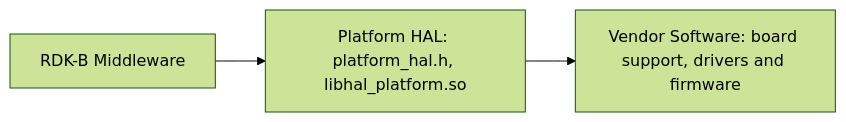
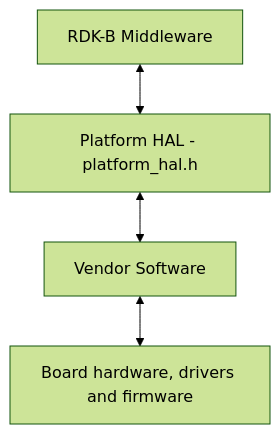
The first of 2 diagrams in docs/pages/halSpec.md (Blitzy-Sky/rdkb-halif-platform), drawn with Mermaid (forest theme) before and after one commit.

Commit message:
docs: normalise the Platform HAL architecture flowchart in its specification
The Description flowchart now uses the common top-down form shared by
every C HAL page: RDK-B Middleware, then Platform HAL - platform_hal.h,
then Vendor Software, then the board hardware, drivers and firmware,
joined by double-headed edges.

````diff
--- a/docs/pages/halSpec.md
+++ b/docs/pages/halSpec.md
@@ -41,5 +41,6 @@
 ```mermaid
-flowchart LR
-    caller["RDK-B Middleware"] --> hal["Platform HAL: platform_hal.h, libhal_platform.so"]
-    hal --> vendor["Vendor Software: board support, drivers and firmware"]
+flowchart TD
+    Caller["RDK-B Middleware"] <--> HAL["Platform HAL - platform_hal.h"]
+    HAL <--> Vendor["Vendor Software"]
+    Vendor <--> Hardware["Board hardware, drivers and firmware"]
 ```
````
